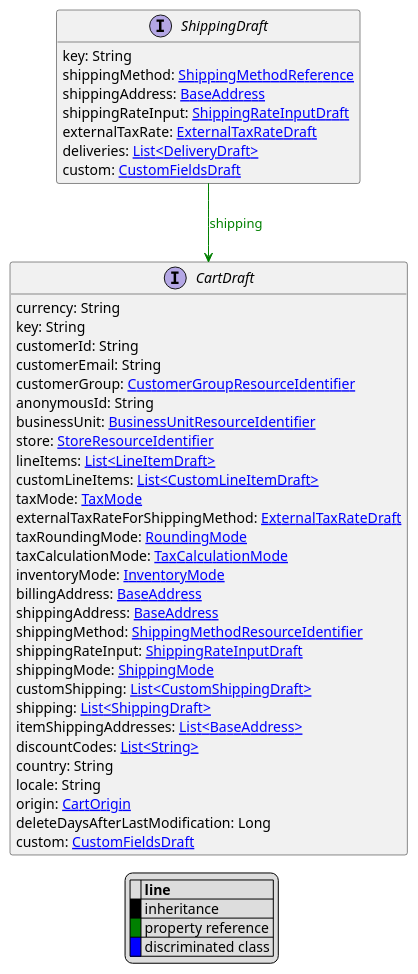
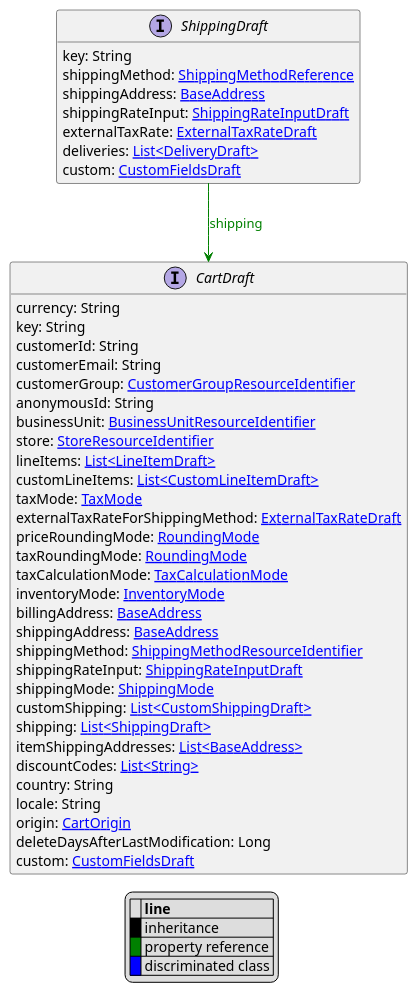
One commit to commercetools/commercetools-api-reference changed the diagram in uml/api/ShippingDraft.puml. Above: the diagram before and after it, drawn with PlantUML. The commit also changed 319 other files, not shown here.

```diff
--- a/uml/api/ShippingDraft.puml
+++ b/uml/api/ShippingDraft.puml
@@ -1,56 +1,57 @@
 @startuml
 
 hide empty fields
 hide empty methods
 legend
 |= |= line |
 |<back:black>   </back>| inheritance |
 |<back:green>   </back>| property reference |
 |<back:blue>   </back>| discriminated class |
 endlegend
 interface ShippingDraft [[ShippingDraft.svg]]  {
     key: String
     shippingMethod: [[ShippingMethodReference.svg ShippingMethodReference]]
     shippingAddress: [[BaseAddress.svg BaseAddress]]
     shippingRateInput: [[ShippingRateInputDraft.svg ShippingRateInputDraft]]
     externalTaxRate: [[ExternalTaxRateDraft.svg ExternalTaxRateDraft]]
     deliveries: [[DeliveryDraft.svg List<DeliveryDraft>]]
     custom: [[CustomFieldsDraft.svg CustomFieldsDraft]]
 }
 
 
 
 interface CartDraft [[CartDraft.svg]]  {
     currency: String
     key: String
     customerId: String
     customerEmail: String
     customerGroup: [[CustomerGroupResourceIdentifier.svg CustomerGroupResourceIdentifier]]
     anonymousId: String
     businessUnit: [[BusinessUnitResourceIdentifier.svg BusinessUnitResourceIdentifier]]
     store: [[StoreResourceIdentifier.svg StoreResourceIdentifier]]
     lineItems: [[LineItemDraft.svg List<LineItemDraft>]]
     customLineItems: [[CustomLineItemDraft.svg List<CustomLineItemDraft>]]
     taxMode: [[TaxMode.svg TaxMode]]
     externalTaxRateForShippingMethod: [[ExternalTaxRateDraft.svg ExternalTaxRateDraft]]
+    priceRoundingMode: [[RoundingMode.svg RoundingMode]]
     taxRoundingMode: [[RoundingMode.svg RoundingMode]]
     taxCalculationMode: [[TaxCalculationMode.svg TaxCalculationMode]]
     inventoryMode: [[InventoryMode.svg InventoryMode]]
     billingAddress: [[BaseAddress.svg BaseAddress]]
     shippingAddress: [[BaseAddress.svg BaseAddress]]
     shippingMethod: [[ShippingMethodResourceIdentifier.svg ShippingMethodResourceIdentifier]]
     shippingRateInput: [[ShippingRateInputDraft.svg ShippingRateInputDraft]]
     shippingMode: [[ShippingMode.svg ShippingMode]]
     customShipping: [[CustomShippingDraft.svg List<CustomShippingDraft>]]
     shipping: [[ShippingDraft.svg List<ShippingDraft>]]
     itemShippingAddresses: [[BaseAddress.svg List<BaseAddress>]]
     discountCodes: [[String.svg List<String>]]
     country: String
     locale: String
     origin: [[CartOrigin.svg CartOrigin]]
     deleteDaysAfterLastModification: Long
     custom: [[CustomFieldsDraft.svg CustomFieldsDraft]]
 }
 
 ShippingDraft --> CartDraft #green;text:green : "shipping"
 @enduml
```
